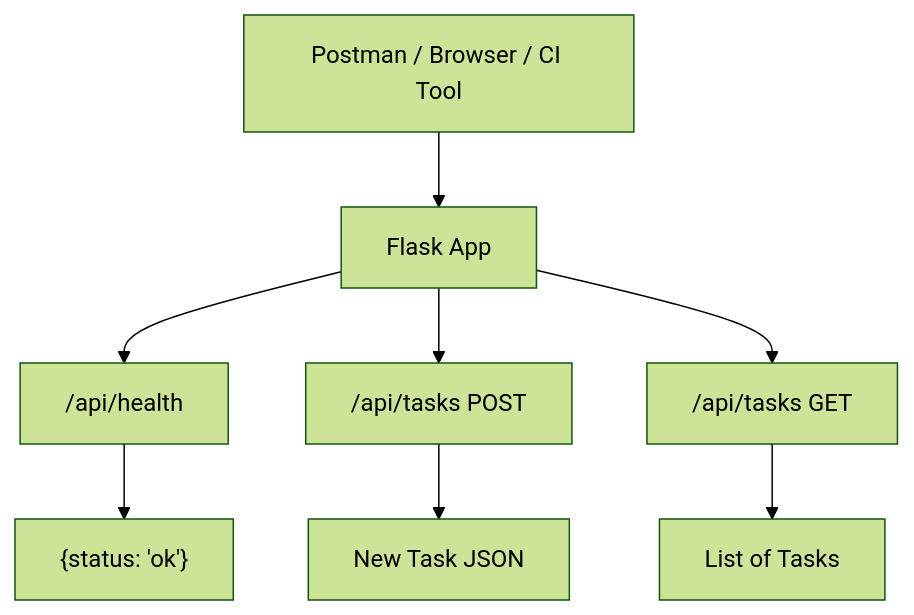
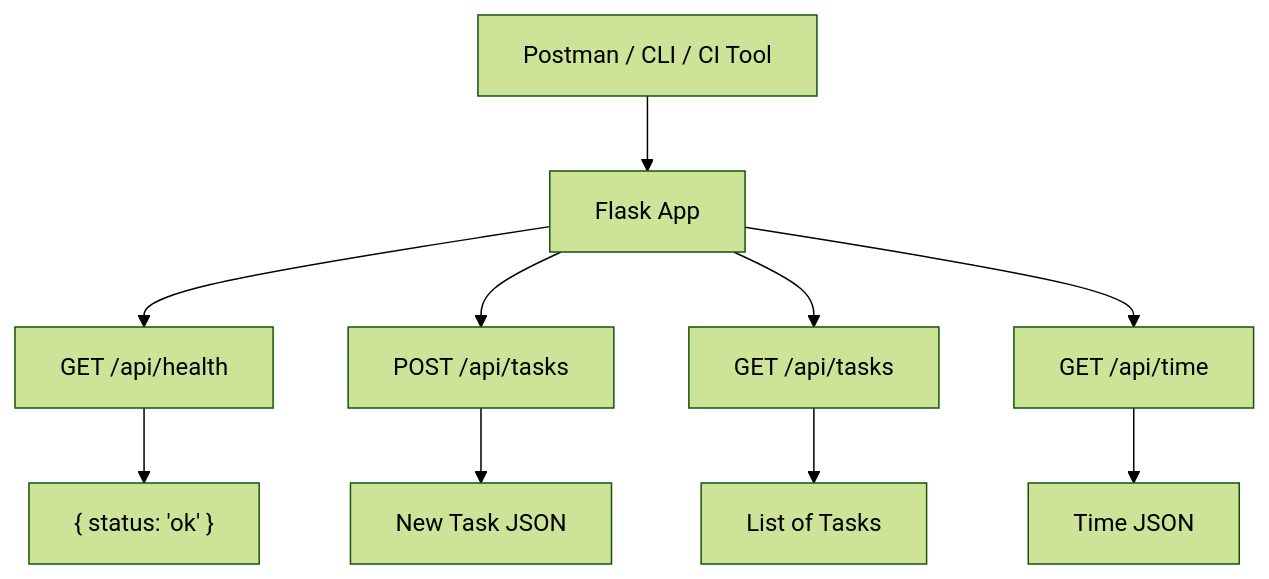
One commit to naedgar/CSC256-groupproject-Group7 changed the diagram in docs/s1-agile/s1-planning-docs/s1_api_reference_template.md. Above: the diagram before and after it, drawn with Mermaid (forest theme). The commit also changed 8 other files, not shown here.

````diff
--- a/docs/s1-agile/s1-planning-docs/s1_api_reference_template.md
+++ b/docs/s1-agile/s1-planning-docs/s1_api_reference_template.md
@@ -121,10 +121,12 @@
 ```mermaid
 flowchart TD
-    A[Postman / Browser / CI Tool] --> B[Flask App]
-    B --> C1["/api/health"]
-    B --> C2["/api/tasks POST"]
-    B --> C3["/api/tasks GET"]
-    C1 --> D1["{status: 'ok'}"]
-    C2 --> D2["New Task JSON"]
-    C3 --> D3["List of Tasks"]
+    A[Postman / CLI / CI Tool] --> B[Flask App]
+    B --> C1["GET /api/health"]
+    B --> C2["POST /api/tasks"]
+    B --> C3["GET /api/tasks"]
+    B --> C4["GET /api/time"]
+    C1 --> R1["{ status: 'ok' }"]
+    C2 --> R2["New Task JSON"]
+    C3 --> R3["List of Tasks"]
+    C4 --> R4["Time JSON"]
 ```
````
